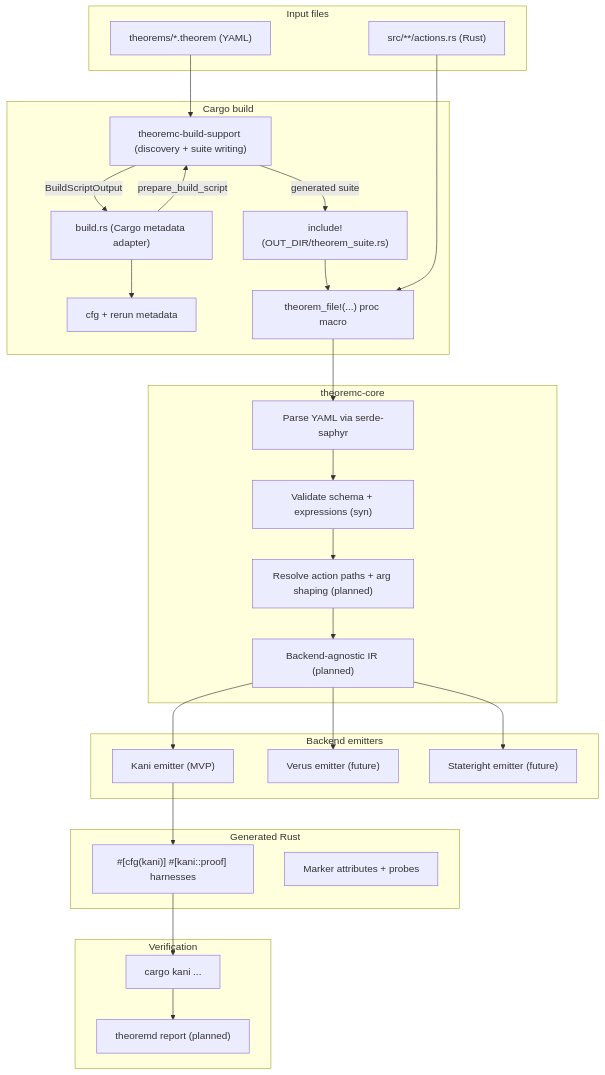
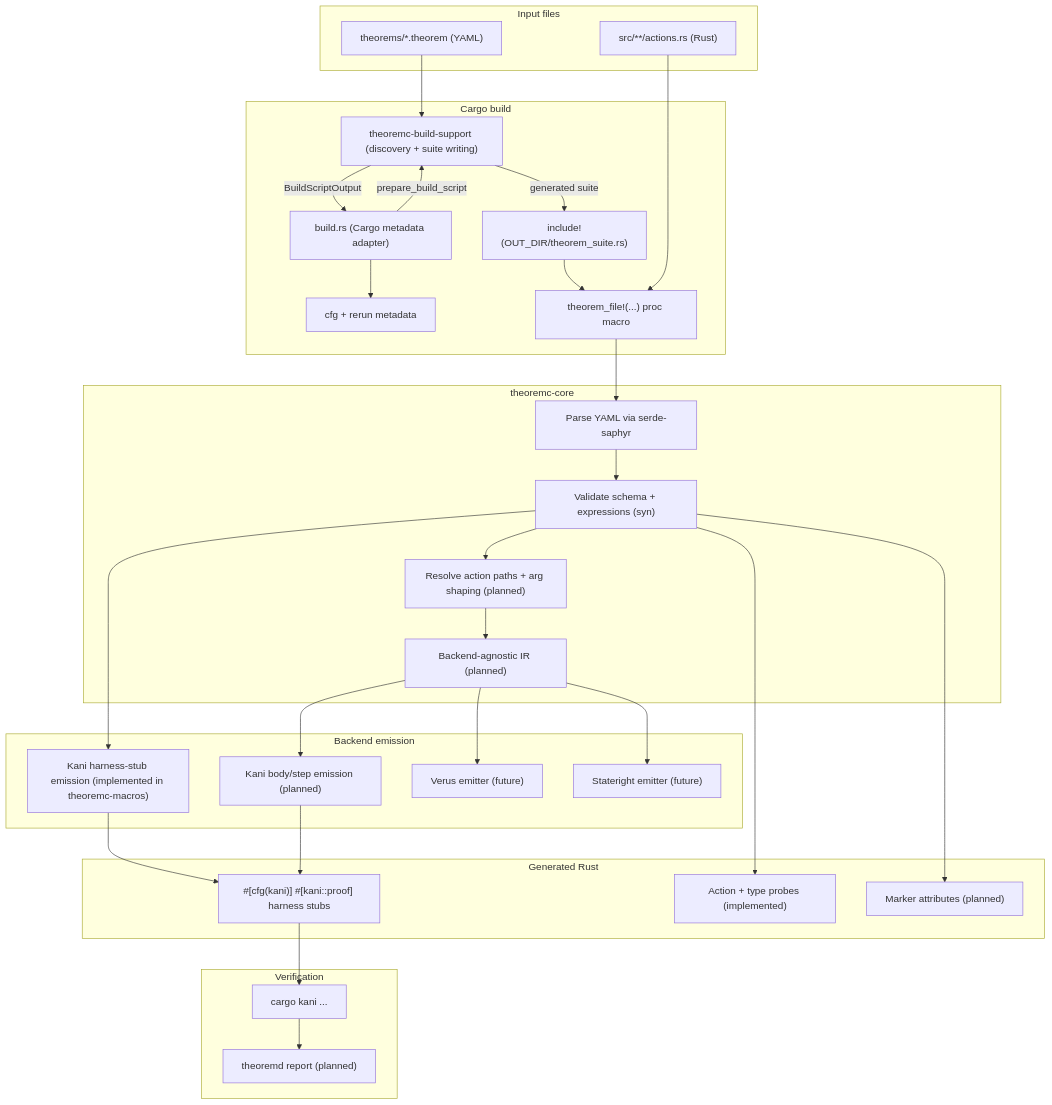
Before and after one commit to leynos/theoremc: the first of 7 diagrams in docs/theoremc-design.md, drawn with Mermaid. The commit also changed other lines of this file, not shown here.

First line of the commit message:
Docs: reconcile planned vs current Kani emitter labelling (#61)

````diff
--- a/docs/theoremc-design.md
+++ b/docs/theoremc-design.md
@@ -115,49 +126,57 @@
 ```mermaid
 flowchart TD
   subgraph Files["Input files"]
     T["theorems/*.theorem (YAML)"]
     A["src/**/actions.rs (Rust)"]
   end
 
   subgraph Cargo["Cargo build"]
     BS["build.rs (Cargo metadata adapter)"]
     SUP["theoremc-build-support (discovery + suite writing)"]
     META["cfg + rerun metadata"]
     INC["include!(OUT_DIR/theorem_suite.rs)"]
     PM["theorem_file!(...) proc macro"]
   end
 
   subgraph Core["theoremc-core"]
     P["Parse YAML via serde-saphyr"]
     V["Validate schema + expressions (syn)"]
     R["Resolve action paths + arg shaping (planned)"]
     IR["Backend-agnostic IR (planned)"]
   end
 
-  subgraph Emit["Backend emitters"]
-    K["Kani emitter (MVP)"]
+  subgraph Emit["Backend emission"]
+    KS["Kani harness-stub emission (implemented in theoremc-macros)"]
+    KB["Kani body/step emission (planned)"]
     V2["Verus emitter (future)"]
     S["Stateright emitter (future)"]
   end
 
   subgraph Gen["Generated Rust"]
-    H["#[cfg(kani)] #[kani::proof] harnesses"]
-    M["Marker attributes + probes"]
+    H["#[cfg(kani)] #[kani::proof] harness stubs"]
+    P2["Action + type probes (implemented)"]
+    MA["Marker attributes (planned)"]
   end
 
   subgraph Run["Verification"]
     CK["cargo kani ..."]
     REP["theoremd report (planned)"]
   end
 
   T --> SUP
   BS -->|prepare_build_script| SUP
   SUP -->|BuildScriptOutput| BS
   SUP -->|generated suite| INC --> PM
   BS --> META
   A --> PM
-  PM --> P --> V --> R --> IR
-  IR --> K --> H --> CK --> REP
+  PM --> P --> V
+  V --> KS
+  V --> P2
+  V --> MA
+  V --> R --> IR
+  KS --> H
+  IR --> KB --> H
   IR --> V2
   IR --> S
+  H --> CK --> REP
 ```
````
